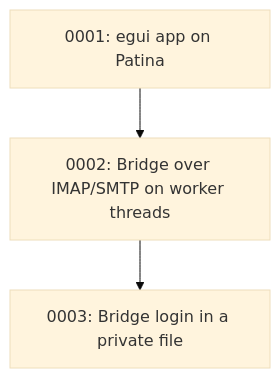
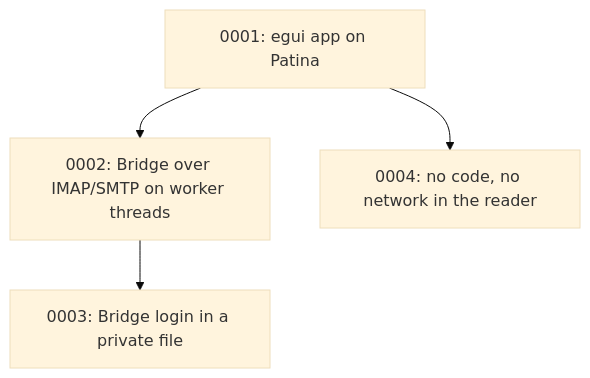
Before and after one commit to Sector-F-Labs/patina-desktop: the diagram in mail/docs/adr/README.md, drawn with Mermaid (base theme). The commit also changed other lines of this file and 1 other file, not shown here.

Commit message:
ADR-0004: the reader never runs code or fetches anything unasked

````diff
--- a/mail/docs/adr/README.md
+++ b/mail/docs/adr/README.md
@@ -51,8 +52,10 @@
 ```mermaid
 flowchart TD
     A[0001: egui app on Patina]
     B[0002: Bridge over IMAP/SMTP on worker threads]
     C[0003: Bridge login in a private file]
     A --> B
     B --> C
+    D[0004: no code, no network in the reader]
+    A --> D
 ```
````
